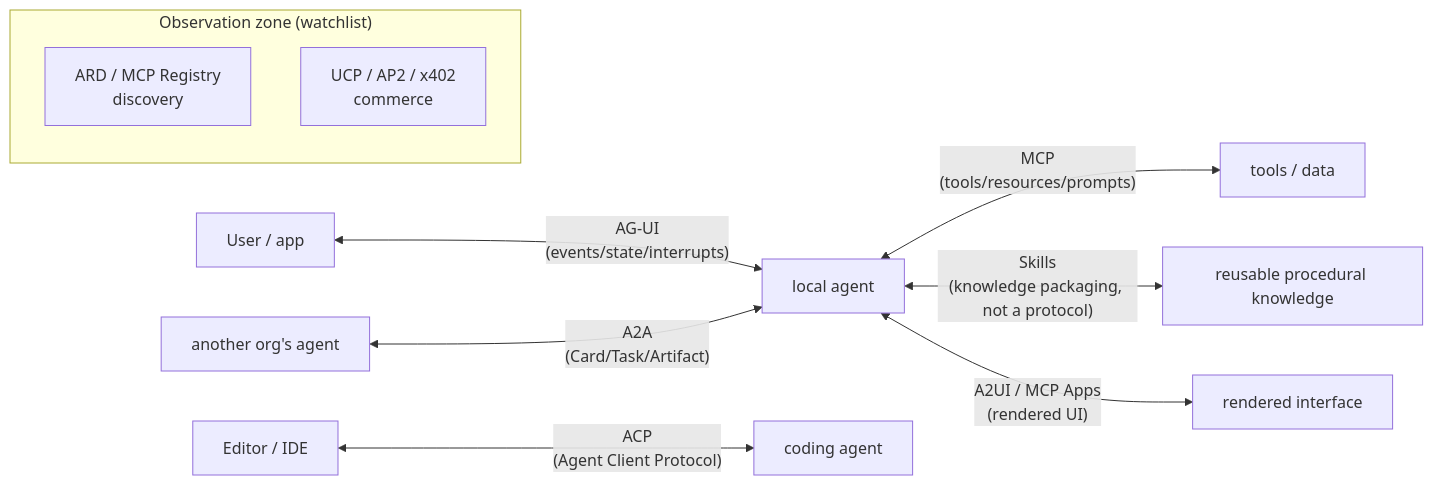
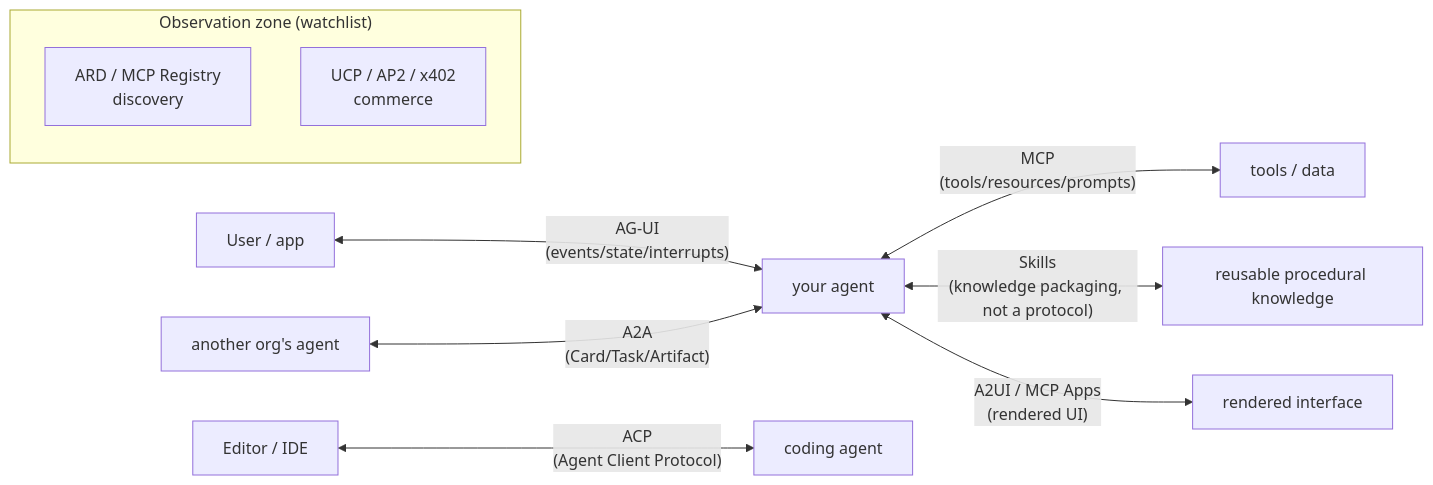
Before and after one commit to zenHeart/learn-ai: the first of 2 diagrams in docs/tech/07-interoperability/index.md, drawn with Mermaid. The commit also changed other lines of this file and 67 other files, not shown here.

````diff
--- a/docs/tech/07-interoperability/index.md
+++ b/docs/tech/07-interoperability/index.md
@@ -30,13 +30,13 @@
 ```mermaid
 flowchart LR
-    USER["User / app"] <-- "AG-UI<br/>(events/state/interrupts)" --> AGENT["local agent"]
+    USER["User / app"] <-- "AG-UI<br/>(events/state/interrupts)" --> AGENT["your agent"]
     EDITOR["Editor / IDE"] <-- "ACP<br/>(Agent Client Protocol)" --> CAGENT["coding agent"]
     AGENT <-- "MCP<br/>(tools/resources/prompts)" --> TOOLS["tools / data"]
     AGENT <-- "Skills<br/>(knowledge packaging, not a protocol)" --> KNOW["reusable procedural knowledge"]
     AGENT2["another org's agent"] <-- "A2A<br/>(Card/Task/Artifact)" --> AGENT
     AGENT <-- "A2UI / MCP Apps<br/>(rendered UI)" --> UI["rendered interface"]
     subgraph OBS["Observation zone (watchlist)"]
         ARD["ARD / MCP Registry<br/>discovery"]
         COMMERCE["UCP / AP2 / x402<br/>commerce"]
     end
 ```
````
